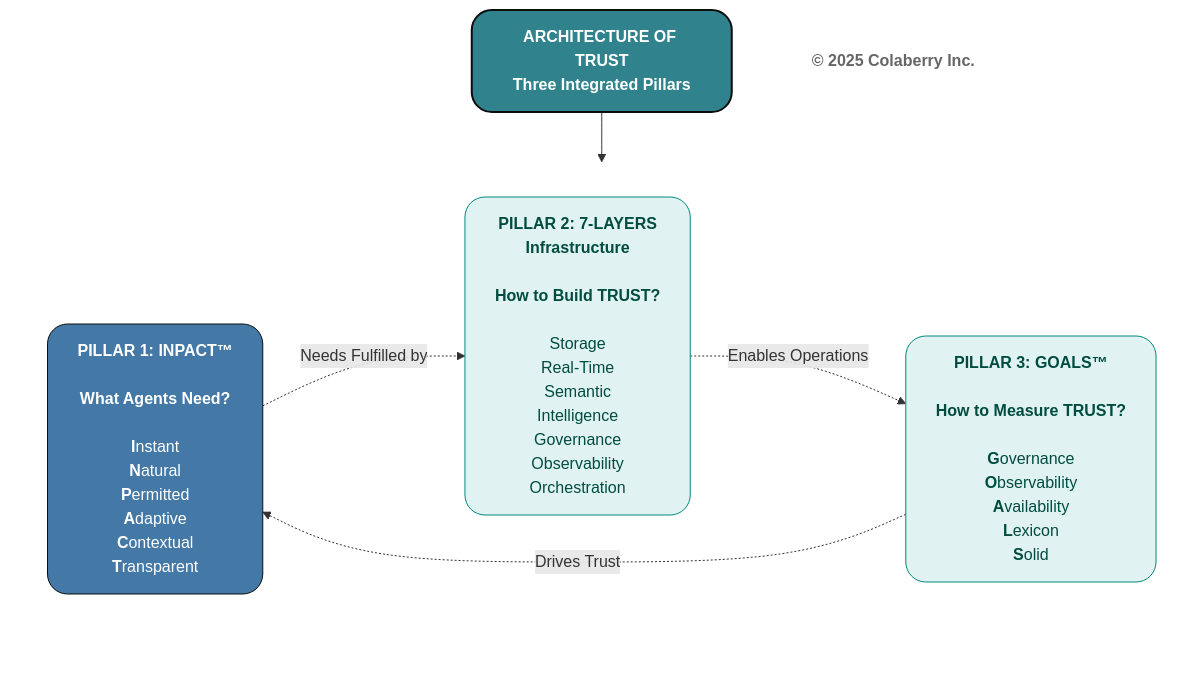
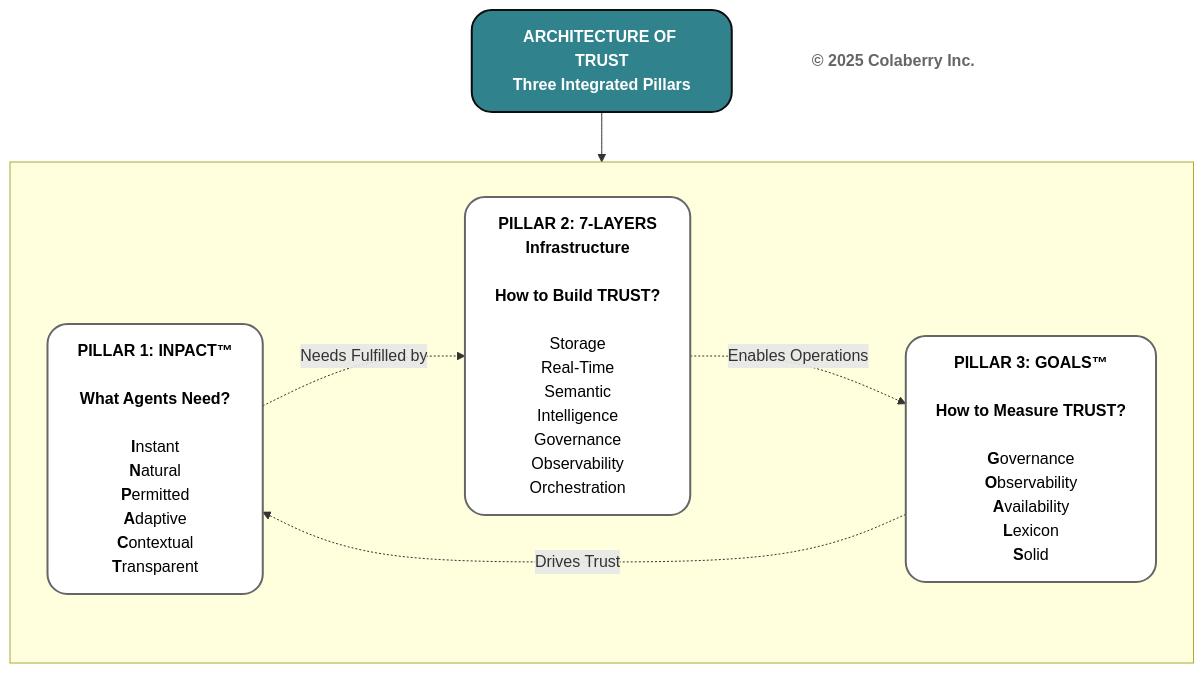
Before and after one commit to saitejesh-cyber/trust-before-intelligence-book: the fourth of 4 diagrams in manuscript/01_chapter_0_trust_before_intelligence.md, drawn with Mermaid.

Commit message:
Chapter1: Feedback changes

````diff
--- a/manuscript/01_chapter_0_trust_before_intelligence.md
+++ b/manuscript/01_chapter_0_trust_before_intelligence.md
@@ -331,30 +331,30 @@
 ```mermaid
 
 graph TB
     Title["<b>ARCHITECTURE OF TRUST</b><br/><b>Three Integrated Pillars</b>"]
     
     subgraph PILLARS[" "]
         direction LR
         INPACT["<b>PILLAR 1: INPACT™</b><br/><br/><b>What Agents Need?</b><br/><br/><b>I</b>nstant<br/><b>N</b>atural<br/><b>P</b>ermitted<br/><b>A</b>daptive<br/><b>C</b>ontextual<br/><b>T</b>ransparent"]
         
         Layers["<b>PILLAR 2: 7-LAYERS</b><br/><b>Infrastructure</b><br/><br/><b>How to Build TRUST?</b><br/><br/>Storage<br/>Real-Time<br/>Semantic<br/>Intelligence<br/>Governance<br/>Observability<br/>Orchestration"]
         
         GOALS["<b>PILLAR 3: GOALS™</b><br/><br/><b>How to Measure TRUST?</b><br/><br/><b>G</b>overnance<br/><b>O</b>bservability<br/><b>A</b>vailability<br/><b>L</b>exicon<br/><b>S</b>olid"]
     end
     
     Copyright["<b>© 2025 Colaberry Inc.</b>"]
     
     Title --> PILLARS
     
     INPACT -.->|"Needs Fulfilled by"| Layers
     Layers -.->|"Enables Operations"| GOALS
     GOALS -.->|"Drives Trust"| INPACT
     
     style Title fill:#30838C,color:#ffffff,stroke:#0D0D0D,stroke-width:2px,rx:20,ry:20
-    style PILLARS fill:none,stroke:none
-    style INPACT fill:#4478A6,stroke:#0D0D0D,stroke-width:1px,color:#ffffff,rx:20,ry:20
-    style Layers fill:#e0f2f1,stroke:#00897b,stroke-width:1px,color:#004d40,rx:20,ry:20
-    style GOALS fill:#e0f2f1,stroke:#00897b,stroke-width:1px,color:#004d40,rx:20,ry:20
-    style Copyright fill:#ffffff,stroke:none,color:#666666
+    %% PILLARS — NEUTRAL (Definition / Framework Introduction)    style PILLARS fill:none,stroke:none
+    style INPACT fill:#ffffff,stroke:#666666,stroke-width:2px,color:#000000,rx:20,ry:20
+    style Layers fill:#ffffff,stroke:#666666,stroke-width:2px,color:#000000,rx:20,ry:20
+    style GOALS fill:#ffffff,stroke:#666666,stroke-width:2px,color:#000000,rx:20,ry:20
+    style Copyright fill:none,stroke:none,color:#666666
 
 ```
````
